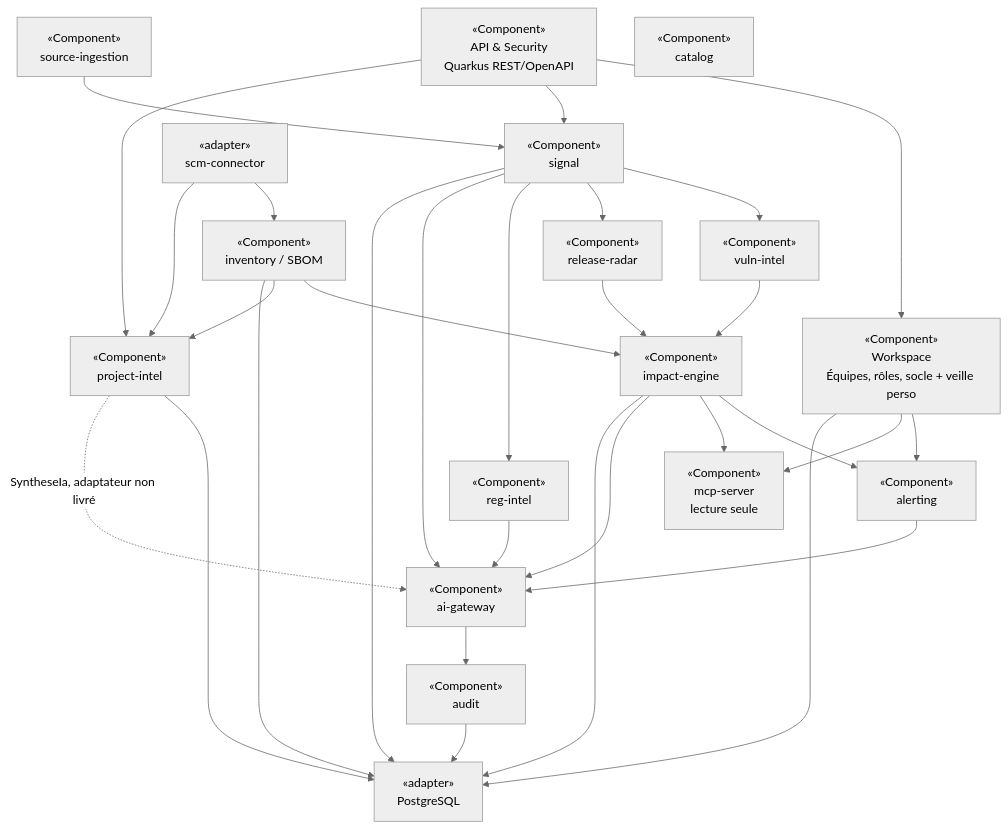
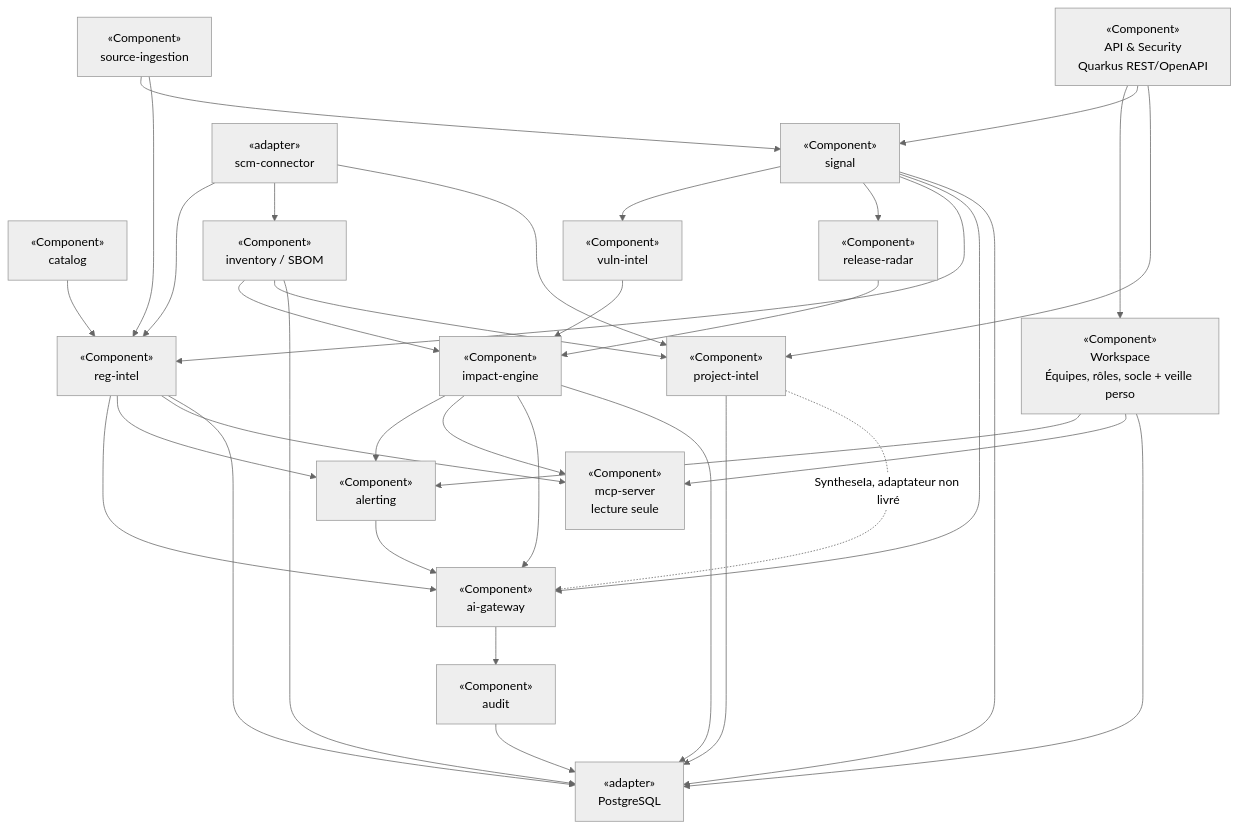
The second of 4 diagrams in docs/architecture/arc42/05-vue-blocs.md (FTurleque/argos-tech-platform), drawn with Mermaid (neutral theme) before and after one commit. The commit also changed other lines of this file and 12 other files, not shown here.

````diff
--- a/docs/architecture/arc42/05-vue-blocs.md
+++ b/docs/architecture/arc42/05-vue-blocs.md
@@ -63,50 +63,56 @@
 ```mermaid
 flowchart TB
     API["«Component»\nAPI & Security\nQuarkus REST/OpenAPI"]
     WORK["«Component»\nWorkspace\nÉquipes, rôles, socle + veille perso"]
     INGEST["«Component»\nsource-ingestion"]
     CATALOG["«Component»\ncatalog"]
     INVENTORY["«Component»\ninventory / SBOM"]
     SIGNAL["«Component»\nsignal"]
     VULN["«Component»\nvuln-intel"]
     RELEASE["«Component»\nrelease-radar"]
     REG["«Component»\nreg-intel"]
     IMPACT["«Component»\nimpact-engine"]
     ALERT["«Component»\nalerting"]
     MCP["«Component»\nmcp-server\nlecture seule"]
     AI["«Component»\nai-gateway"]
     SCM["«adapter»\nscm-connector"]
     PROJ["«Component»\nproject-intel"]
     AUDIT["«Component»\naudit"]
     DB["«adapter»\nPostgreSQL"]
 
     API --> WORK
     API --> SIGNAL
     INGEST --> SIGNAL
     SIGNAL --> VULN
     SIGNAL --> RELEASE
     SIGNAL --> REG
     INVENTORY --> IMPACT
     VULN --> IMPACT
     RELEASE --> IMPACT
     IMPACT --> ALERT
     IMPACT --> MCP
     REG --> AI
+    INGEST --> REG
+    SCM --> REG
+    CATALOG --> REG
+    REG --> ALERT
+    REG --> MCP
+    REG --> DB
     IMPACT --> AI
     ALERT --> AI
     SIGNAL --> AI
     AI --> AUDIT
     SCM --> INVENTORY
     SCM --> PROJ
     INVENTORY --> PROJ
     API --> PROJ
     PROJ --> DB
     PROJ -.->|SyntheseIa, adaptateur non livré| AI
     WORK --> ALERT
     WORK --> MCP
     WORK --> DB
     SIGNAL --> DB
     INVENTORY --> DB
     IMPACT --> DB
     AUDIT --> DB
 ```
````
